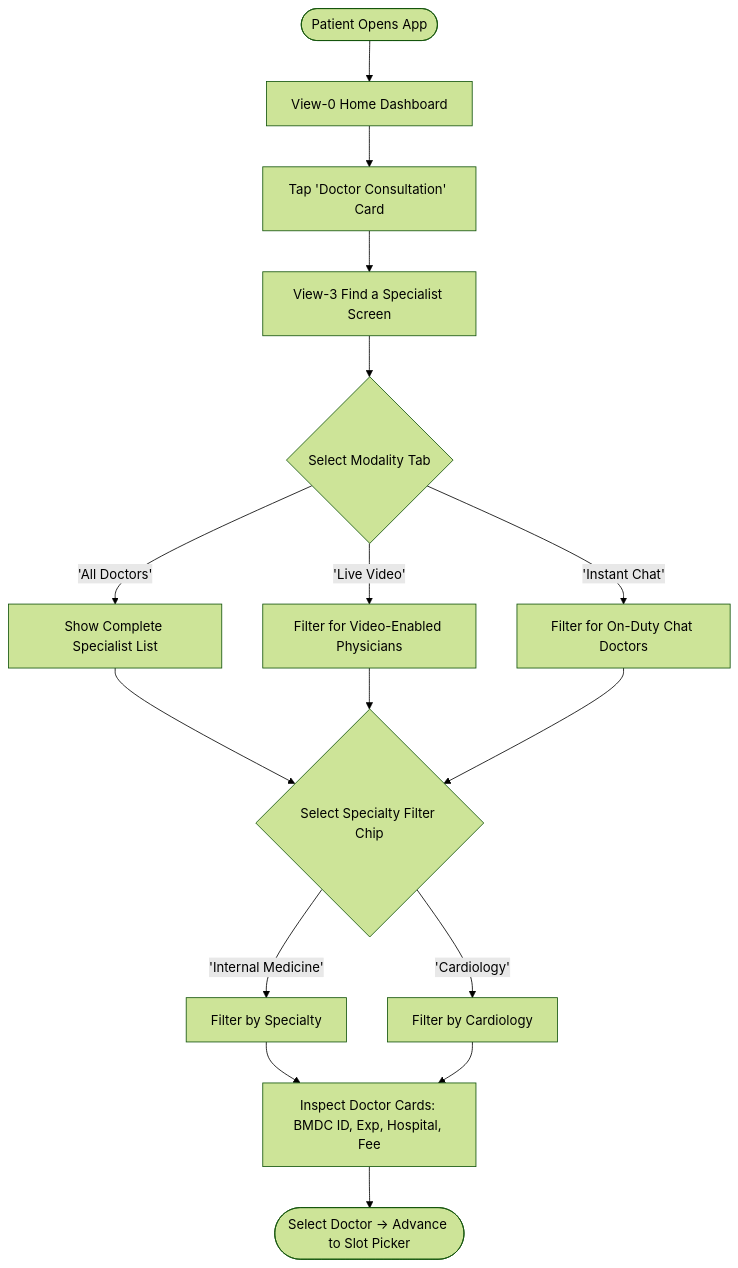
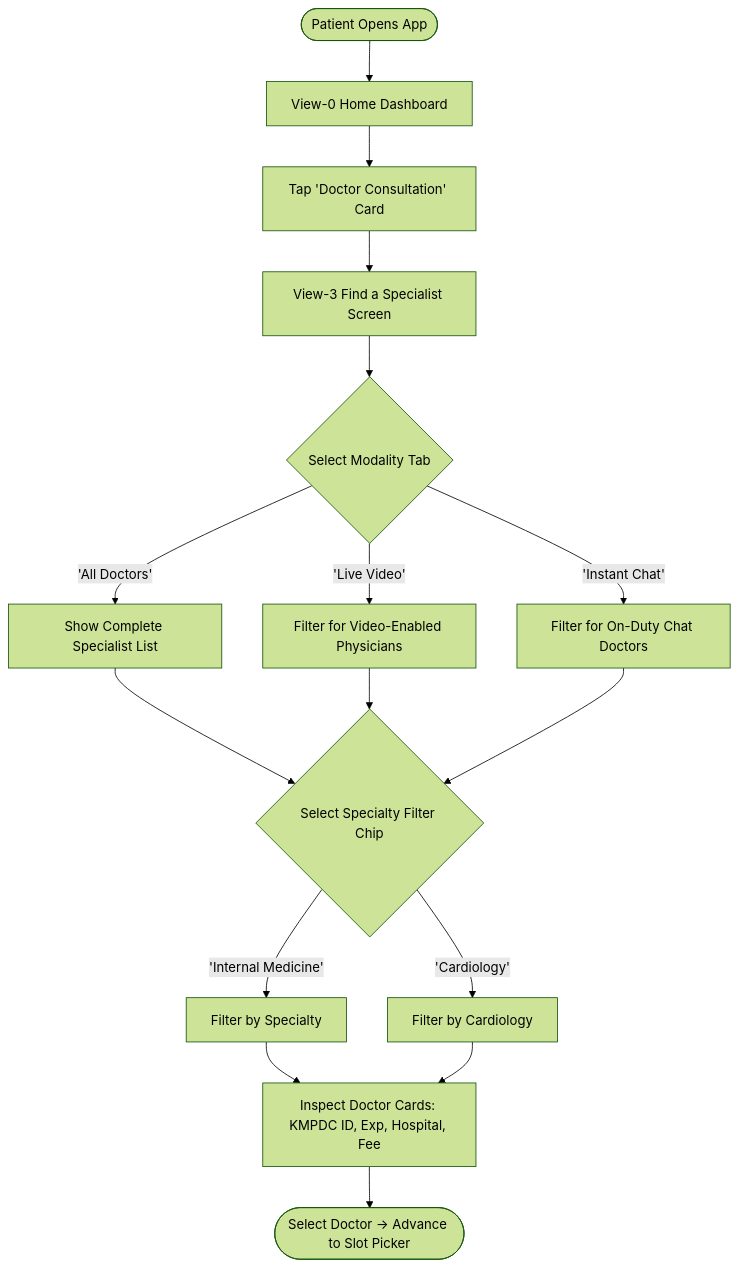
Before and after one commit to MeherabHS/hellodoctor: the first of 9 diagrams in docs/USER_FLOWS.md, drawn with Mermaid (forest theme). The commit also changed other lines of this file and 937 other files, not shown here.

First line of the commit message:
feat: Doctor Flutter notification architecture, prescription 40KB/20-image contract, and pre-Patient security validation pass

````diff
--- a/docs/USER_FLOWS.md
+++ b/docs/USER_FLOWS.md
@@ -21,15 +21,15 @@
 ```mermaid
 flowchart TD
     START([Patient Opens App]) --> A[View-0 Home Dashboard]
     A --> B[Tap 'Doctor Consultation' Card]
     B --> C[View-3 Find a Specialist Screen]
     C --> D{Select Modality Tab}
     D -- 'All Doctors' --> E[Show Complete Specialist List]
     D -- 'Live Video' --> F[Filter for Video-Enabled Physicians]
     D -- 'Instant Chat' --> G[Filter for On-Duty Chat Doctors]
     E & F & G --> H{Select Specialty Filter Chip}
     H -- 'Internal Medicine' --> I[Filter by Specialty]
     H -- 'Cardiology' --> J[Filter by Cardiology]
-    I & J --> K[Inspect Doctor Cards: BMDC ID, Exp, Hospital, Fee]
+    I & J --> K[Inspect Doctor Cards: KMPDC ID, Exp, Hospital, Fee]
     K --> RESULT([Select Doctor -> Advance to Slot Picker])
 ```
````
